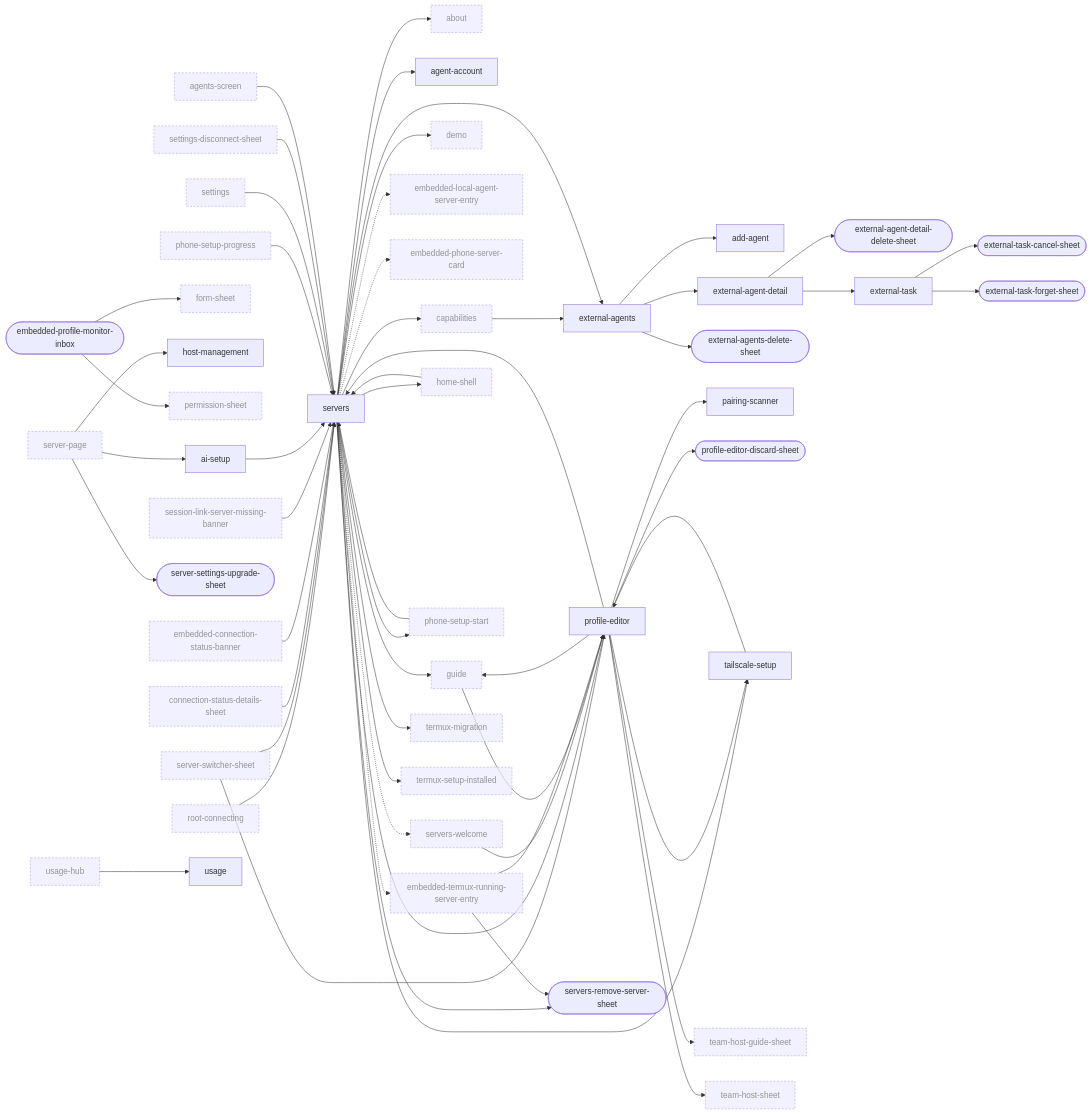
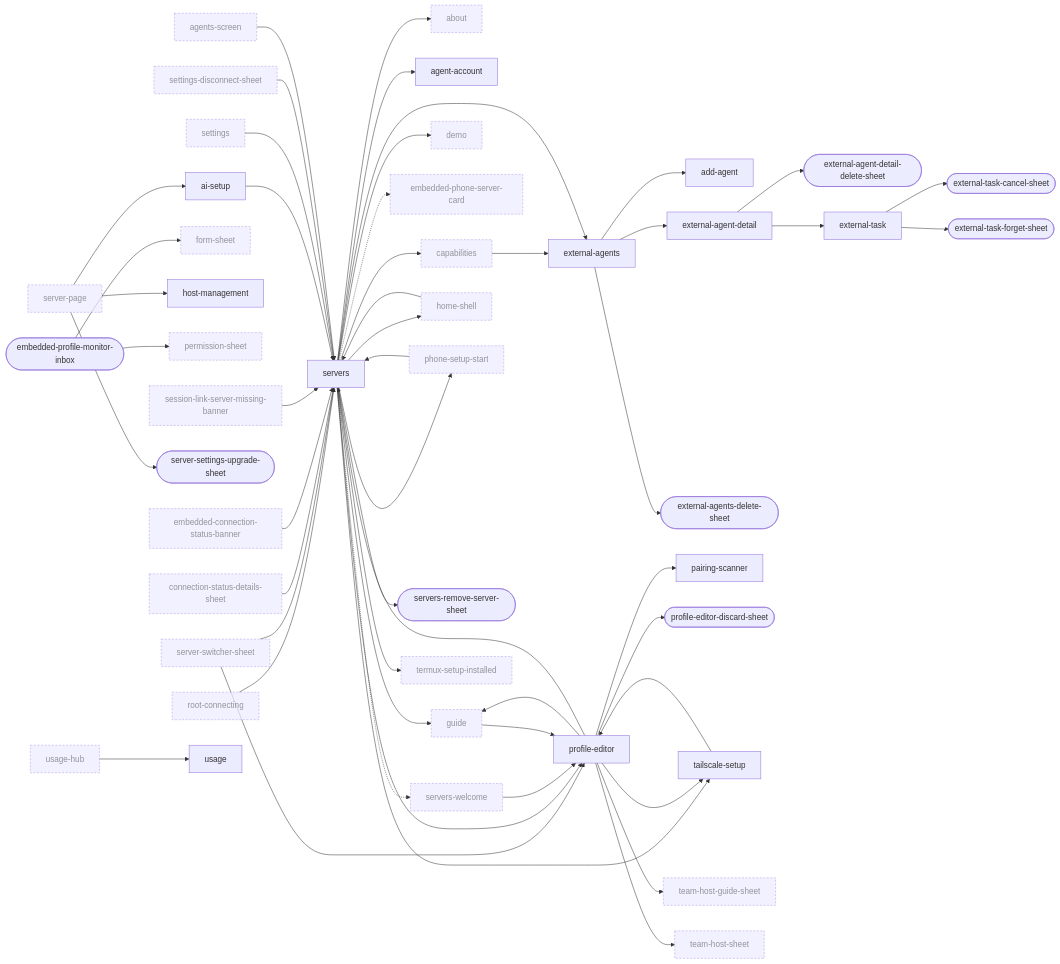
The fifth of 11 diagrams in docs/design/ui-ledger/navigation.md (Eslamasabry/opencode-mobile-next), drawn with Mermaid before and after one commit. The commit also changed other lines of this file and 473 other files, not shown here.

````diff
--- a/docs/design/ui-ledger/navigation.md
+++ b/docs/design/ui-ledger/navigation.md
@@ -590,10 +583,8 @@
   connection_status_details_sheet["connection-status-details-sheet"]:::ext
   demo["demo"]:::ext
   embedded_connection_status_banner["embedded-connection-status-banner"]:::ext
-  embedded_local_agent_server_entry["embedded-local-agent-server-entry"]:::ext
   embedded_phone_server_card["embedded-phone-server-card"]:::ext
   embedded_profile_monitor_inbox(["embedded-profile-monitor-inbox"])
-  embedded_termux_running_server_entry["embedded-termux-running-server-entry"]:::ext
   external_agent_detail["external-agent-detail"]
   external_agent_detail_delete_sheet(["external-agent-detail-delete-sheet"])
   external_agents["external-agents"]
@@ -607,7 +598,6 @@
   host_management["host-management"]
   pairing_scanner["pairing-scanner"]
   permission_sheet["permission-sheet"]:::ext
-  phone_setup_progress["phone-setup-progress"]:::ext
   phone_setup_start["phone-setup-start"]:::ext
   profile_editor["profile-editor"]
   profile_editor_discard_sheet(["profile-editor-discard-sheet"])
@@ -624,7 +614,6 @@
   tailscale_setup["tailscale-setup"]
   team_host_guide_sheet["team-host-guide-sheet"]:::ext
   team_host_sheet["team-host-sheet"]:::ext
-  termux_migration["termux-migration"]:::ext
   termux_setup_installed["termux-setup-installed"]:::ext
   usage["usage"]
   usage_hub["usage-hub"]:::ext
@@ -663,9 +652,7 @@
   external_task --> external_task_forget_sheet
   embedded_profile_monitor_inbox --> permission_sheet
   ai_setup --> servers
-  embedded_termux_running_server_entry --> servers_remove_server_sheet
   phone_setup_start --> servers
-  phone_setup_progress --> servers
   settings --> servers
   settings_disconnect_sheet --> servers
   usage_hub --> usage
@@ -678,11 +665,7 @@
   embedded_profile_monitor_inbox --> form_sheet
   profile_editor --> servers
   servers -.-> servers_welcome
-  embedded_termux_running_server_entry --> profile_editor
-  servers -.-> embedded_termux_running_server_entry
-  servers -.-> embedded_local_agent_server_entry
   servers --> phone_setup_start
   servers -.-> embedded_phone_server_card
-  servers --> termux_migration
   classDef ext stroke-dasharray: 4 3,opacity:0.7
 ```
````
